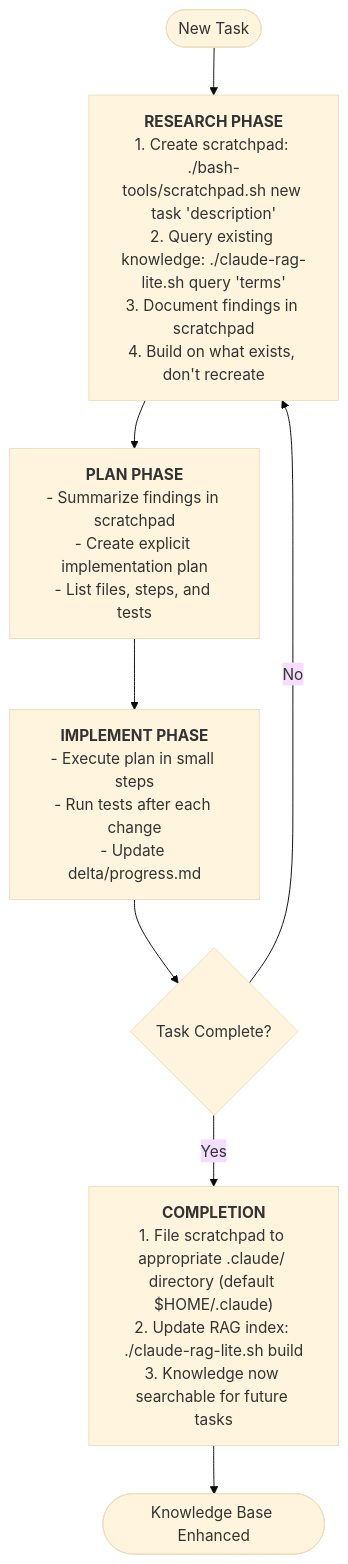
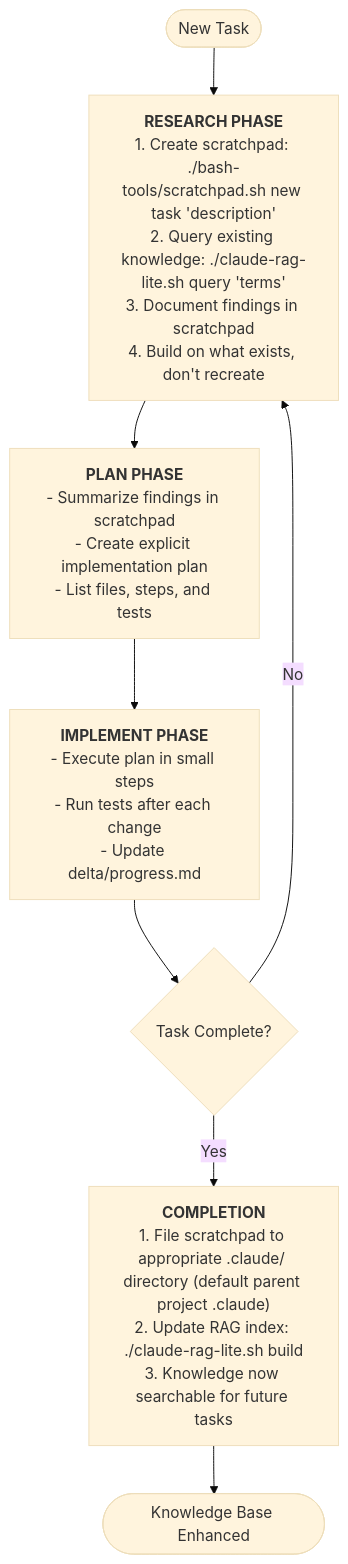
The first of 2 diagrams in README.md (alchemiststudiosDOTai/llm-agent-tools), drawn with Mermaid (base theme) before and after one commit. The commit also changed other lines of this file and 4 other files, not shown here.

First line of the commit message:
fix: use parent project .claude directory for proper project isolation

````diff
--- a/README.md
+++ b/README.md
@@ -192,32 +197,32 @@
 ```mermaid
 flowchart TD
     Start([New Task]) --> Research
     
     Research["`**RESEARCH PHASE**
     1. Create scratchpad: ./bash-tools/scratchpad.sh new task 'description'
     2. Query existing knowledge: ./claude-rag-lite.sh query 'terms'
     3. Document findings in scratchpad
     4. Build on what exists, don't recreate`"]
     --> Plan
     
     Plan["`**PLAN PHASE**
     - Summarize findings in scratchpad
     - Create explicit implementation plan
     - List files, steps, and tests`"]
     --> Implement
     
     Implement["`**IMPLEMENT PHASE**
     - Execute plan in small steps
     - Run tests after each change
     - Update delta/progress.md`"]
     --> Review{Task Complete?}
     
     Review -->|No| Research
     Review -->|Yes| Complete
     
     Complete["`**COMPLETION**
-    1. File scratchpad to appropriate .claude/ directory (default $HOME/.claude)
+    1. File scratchpad to appropriate .claude/ directory (default parent project .claude)
     2. Update RAG index: ./claude-rag-lite.sh build
     3. Knowledge now searchable for future tasks`"]
     --> End([Knowledge Base Enhanced])
 ```
````
